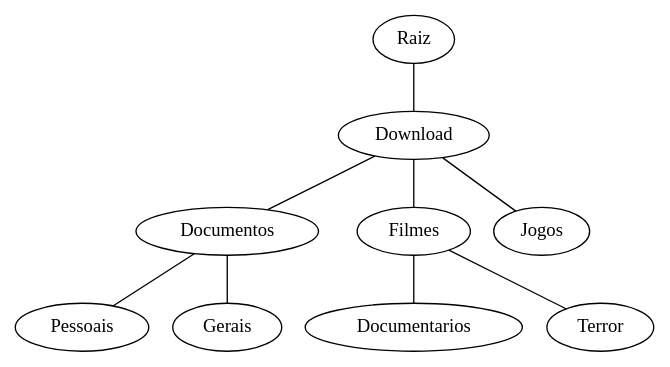
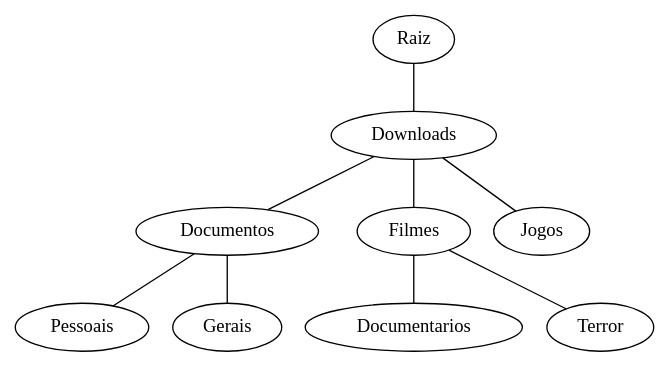
Before and after one commit to davigledson/graph_studies: the diagram in q1_4_diretorio_pastas.dot, drawn with Graphviz. The commit also changed 29 other files, not shown here.

```diff
--- a/q1_4_diretorio_pastas.dot
+++ b/q1_4_diretorio_pastas.dot
@@ -1,16 +1,16 @@
 graph diretorio {
 
 
-    Raiz -- Download;
+    Raiz -- Downloads;
 
-    Download -- Documentos;
-    Download -- Filmes;
-    Download -- Jogos;
+    Downloads -- Documentos;
+    Downloads -- Filmes;
+    Downloads -- Jogos;
 
     Documentos -- Pessoais;
     Documentos -- Gerais;
 
     Filmes -- Documentarios;
     Filmes -- Terror; 
 
 }
```
